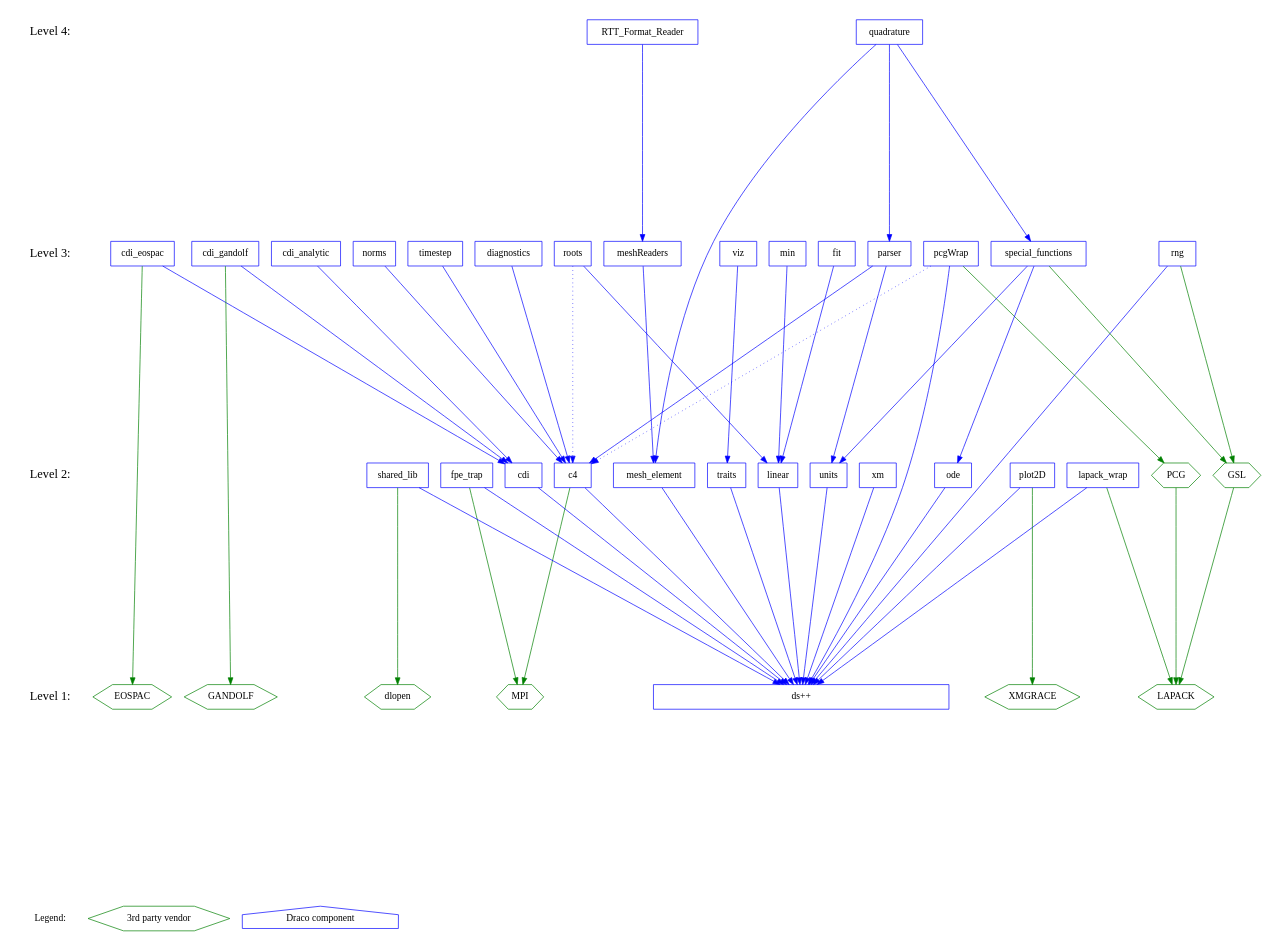
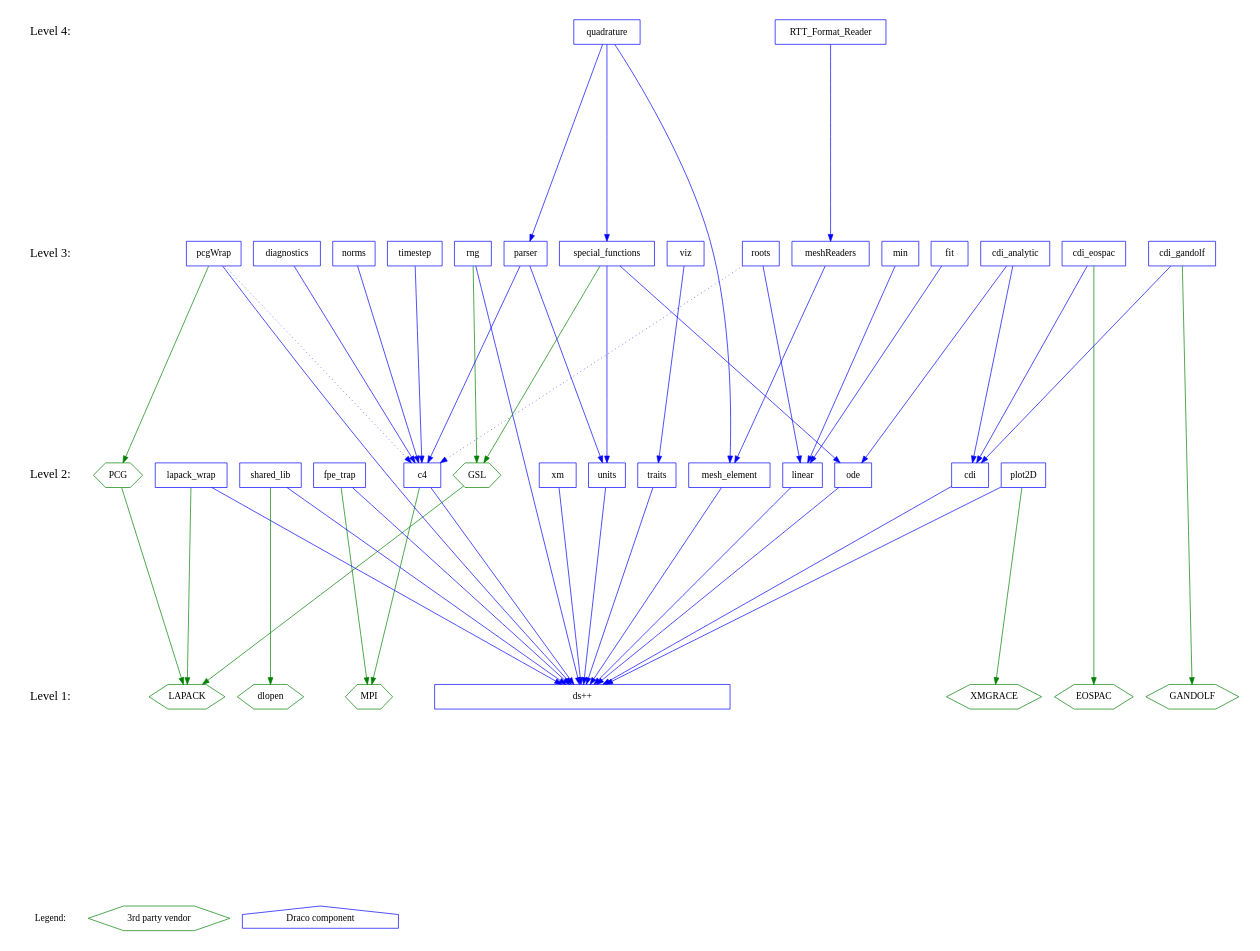
The diagram in doc/design/level.dot (warsa/Draco), drawn with Graphviz before and after one commit.

Commit message:
+ Include the new dependency for cdi_analytic -> ode.

```diff
--- a/doc/design/level.dot
+++ b/doc/design/level.dot
@@ -1,136 +1,136 @@
 digraph draco_level {
     /* graph attributes */
     center=1;
     size="7.5,10";
     ranksep=4;
     
     /* levels */
     legend [shape=plaintext, label="Legend:", fontsize=14];
     level1 [shape=plaintext, label="Level 1:", fontsize=18];
     level2 [shape=plaintext, label="Level 2:", fontsize=18];
     level3 [shape=plaintext, label="Level 3:", fontsize=18];
     level4 [shape=plaintext, label="Level 4:", fontsize=18];
 /*     level5 [shape=plaintext, label="Level 5:", fontsize=18]; */
 /*    level6 [shape=plaintext, label="Level 6:", fontsize=18]; */
     
     /* level6 -> level5 -> */
     level4 -> level3 -> level2 -> level1 -> legend [style=invis];
     
     /* packages */
 
     /* legend */
     leg_vendor [shape=box, label="3rd party vendor", color=green, shape=hexagon];
     leg_draco  [shape=box, label="Draco component",  color=blue,  shape=house ];
 
     /* level 1 */
     vdlopen    [shape=hexagon, color=green, label="dlopen"];
     veospac    [shape=hexagon, color=green, label="EOSPAC"];
     vgandolf   [shape=hexagon, color=green, label="GANDOLF"];
     vgrace     [shape=hexagon, color=green, label="XMGRACE"];
     vlapack    [shape=hexagon, color=green, label="LAPACK"];
     vmpi       [shape=hexagon, color=green, label="MPI"];
         
     dsxx [shape=box, color=blue, label="ds++", width=6];
     
     /* level 2 */
     vgsl       [shape=hexagon, color=green, label="GSL"];
     vpcg       [shape=hexagon, color=green, label="PCG"];
 
     c4         [shape=box, color=blue, label="c4"];
     cdi        [shape=box, color=blue, label="cdi"];
     fpetrap    [shape=box, color=blue, label="fpe_trap"];
     lapack     [shape=box, color=blue, label="lapack_wrap"];
     linear     [shape=box, color=blue, label="linear"];
     meshelement [shape=box, color=blue, label="mesh_element"];
     ode        [shape=box, color=blue, label="ode"];
     plot       [shape=box, color=blue, label="plot2D"];
     rng        [shape=box, color=blue, label="rng"];
     shlib      [shape=box, color=blue, label="shared_lib"];
     traits     [shape=box, color=blue, label="traits"];
     units      [shape=box, color=blue, label="units"];
     xm         [shape=box, color=blue, label="xm"];
         
     /* level 3 */
     cdianal   [shape=box, color=blue, label="cdi_analytic"];
     cdieos    [shape=box, color=blue, label="cdi_eospac"];
     cdigan    [shape=box, color=blue, label="cdi_gandolf"];
     diagnostics [shape=box, color=blue, label="diagnostics"];
     fit       [shape=box, color=blue, label="fit"];
     meshread  [shape=box, color=blue, label="meshReaders"];
     min       [shape=box, color=blue, label="min"];
     norms     [shape=box, color=blue, label="norms"];
     parser    [shape=box, color=blue, label="parser"];
     pcg       [shape=box, color=blue, label="pcgWrap"];
     roots     [shape=box, color=blue, label="roots"];
     sf        [shape=box, color=blue, label="special_functions"];
     timestep  [shape=box, color=blue, label="timestep"];
     viz       [shape=box, color=blue, label="viz"];
     
     /* level 4 */
     quad      [shape=box, color=blue, label="quadrature"];
     rttread   [shape=box, color=blue, label="RTT_Format_Reader"];
     
     /* dependencies */
     {rank=same; legend leg_vendor leg_draco};
     {rank=same; level1 dsxx vlapack vmpi veospac  vgandolf vgrace vdlopen};
     {rank=same; level2 shlib plot lapack traits xm c4 fpetrap units cdi vpcg ode linear};
     {rank=same; level3 viz timestep cdianal cdieos cdigan pcg meshread parser sf};
     {rank=same; level4 rttread quad};
     
     /* draco packages */
 
     /* NOTE:  hidden dependencies are in comments at the end of each line.
      * For example if a package depends on c4 it implicitly depends on dsxx
      * as well.  The dependency on dsxx is not shown explicitly on the
      * graph. 
     
     /* level 2 */
     c4          -> {dsxx}        [color=blue];
     c4          -> {vmpi}        [color=green];
     cdi         -> {dsxx}        [color=blue];
     fpetrap     -> {dsxx}        [color=blue];
     fpetrap     -> {vmpi}        [color=green];
     lapack      -> {dsxx}        [color=blue];
     lapack      -> {vlapack}     [color=green];
     linear      -> {dsxx}        [color=blue];
     meshelement -> {dsxx}        [color=blue];
     ode         -> {dsxx}        [color=blue];
     plot        -> {dsxx}        [color=blue];
     plot        -> {vgrace}      [color=green];
     rng         -> {dsxx}        [color=blue];
     rng         -> {vgsl}        [color=green];
     shlib       -> {dsxx}        [color=blue];
     shlib       -> {vdlopen}     [color=green];
     traits      -> {dsxx}        [color=blue];
     units       -> {dsxx}        [color=blue];
     vgsl        -> {vlapack}     [color=green];
     vpcg        -> {vlapack}     [color=green];
     xm          -> {dsxx}        [color=blue];
     
     /* level 3 */
-    cdianal     -> {cdi}         [color=blue];
+    cdianal     -> {cdi ode}     [color=blue];
     cdieos      -> {cdi}         [color=blue];
     cdieos      -> {veospac}     [color=green]; 
     cdigan      -> {cdi}         [color=blue]; 
     cdigan      -> {vgandolf}    [color=green];
     diagnostics -> {c4}          [color=blue];
     fit         -> {linear}      [color=blue];
     meshread    -> {meshelement} [color=blue];
     min         -> {linear}      [color=blue];
     norms       -> {c4}          [color=blue];
     parser      -> {c4 units}    [color=blue];
     pcg         -> {c4}          [color=blue style=dotted];
     pcg         -> {dsxx}        [color=blue];
     pcg         -> {vpcg}        [color=green];
     roots       -> {linear}      [color=blue];
     roots       -> {c4}          [color=blue, style=dotted];
     sf          -> {units ode}   [color=blue];
     sf          -> {vgsl}        [color=green];
     timestep    -> {c4}          [color=blue];
     viz         -> {traits}      [color=blue];
 
     /* level 4 */
     quad        -> {sf meshelement parser} [color=blue];
     rttread     -> {meshread}              [color=blue];
 
 }
```
